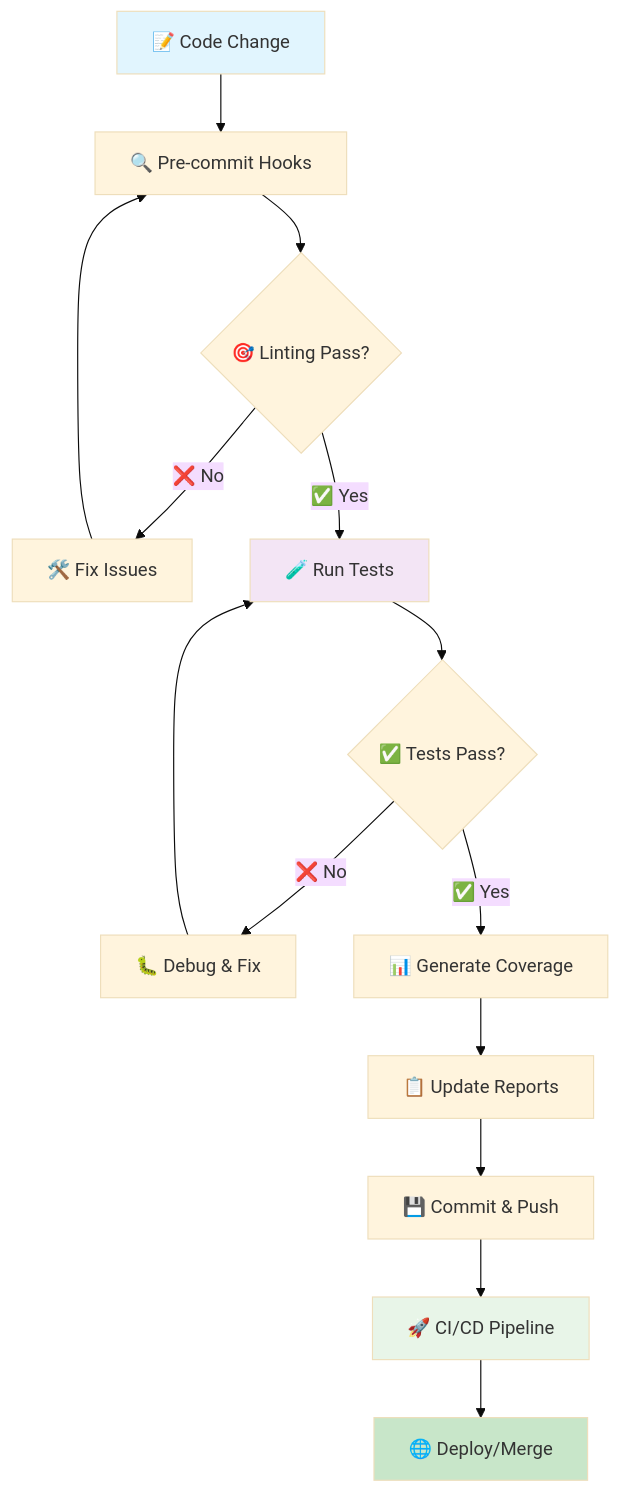
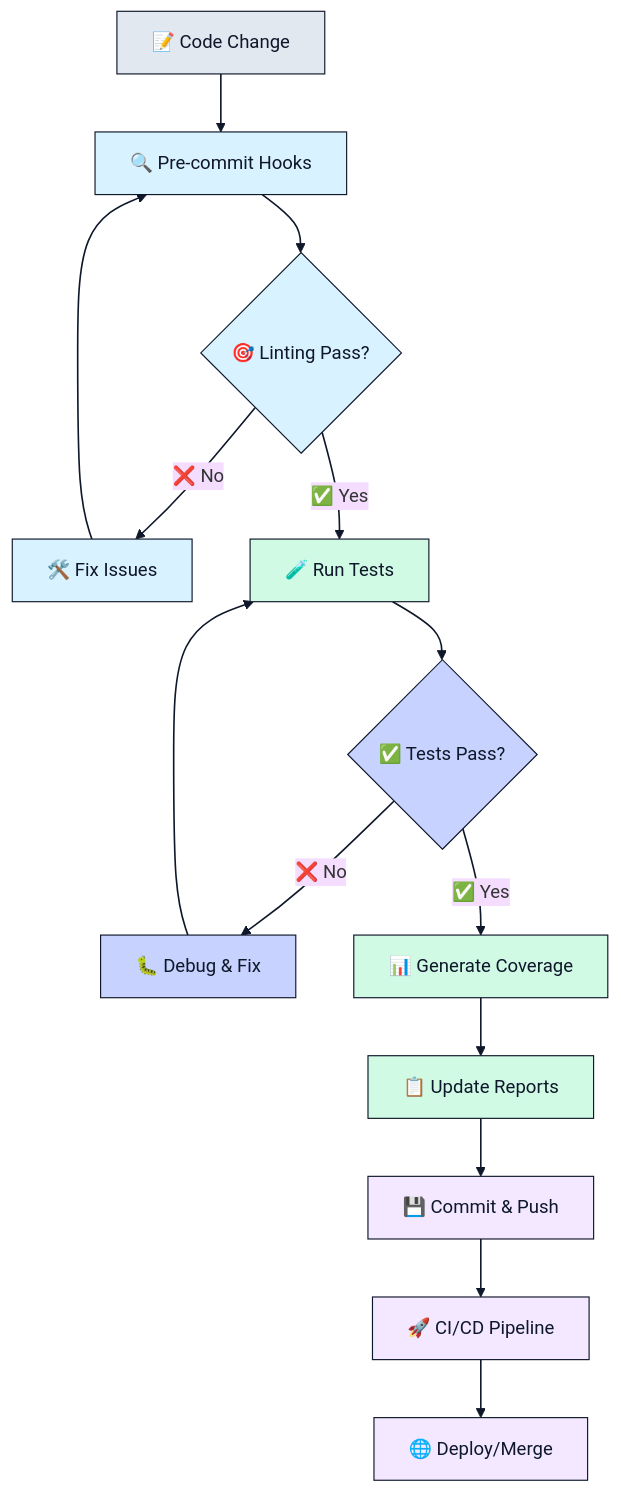
The third of 7 diagrams in README.md (lightspeedwp/.github), drawn with Mermaid (base theme) before and after one commit. The commit also changed other lines of this file and 45 other files, not shown here.

````diff
--- a/README.md
+++ b/README.md
@@ -195,21 +269,41 @@
 ```mermaid
 flowchart TD
+accTitle: "Development workflow process"
+accDescr {
+  The diagram shows code changes entering pre-commit hooks, passing lint/test stages, generating coverage, and finally pushing through CI/CD and deployment.
+}
     A[📝 Code Change] --> B[🔍 Pre-commit Hooks]
     B --> C{🎯 Linting Pass?}
     C -->|❌ No| D[🛠️ Fix Issues]
     D --> B
     C -->|✅ Yes| E[🧪 Run Tests]
     E --> F{✅ Tests Pass?}
     F -->|❌ No| G[🐛 Debug & Fix]
     G --> E
     F -->|✅ Yes| H[📊 Generate Coverage]
     H --> I[📋 Update Reports]
     I --> J[💾 Commit & Push]
     J --> K[🚀 CI/CD Pipeline]
     K --> L[🌐 Deploy/Merge]
 
-    style A fill:#e1f5fe
-    style E fill:#f3e5f5
-    style K fill:#e8f5e8
-    style L fill:#c8e6c9
+    classDef change fill:#e2e8f0,stroke:#0f172a,color:#0f172a
+    classDef hook fill:#d9f2ff,stroke:#0f172a,color:#0f172a
+    classDef test fill:#d1fae5,stroke:#0f172a,color:#0f172a
+    classDef check fill:#c7d2fe,stroke:#0f172a,color:#0f172a
+    classDef deployment fill:#f3e8ff,stroke:#0f172a,color:#0f172a
+
+    class A change
+    class B hook
+    class C hook
+    class D hook
+    class E test
+    class F check
+    class G check
+    class H test
+    class I test
+    class J deployment
+    class K deployment
+    class L deployment
+
+    linkStyle default stroke:#0f172a,stroke-width:1.4px
 ```
````
